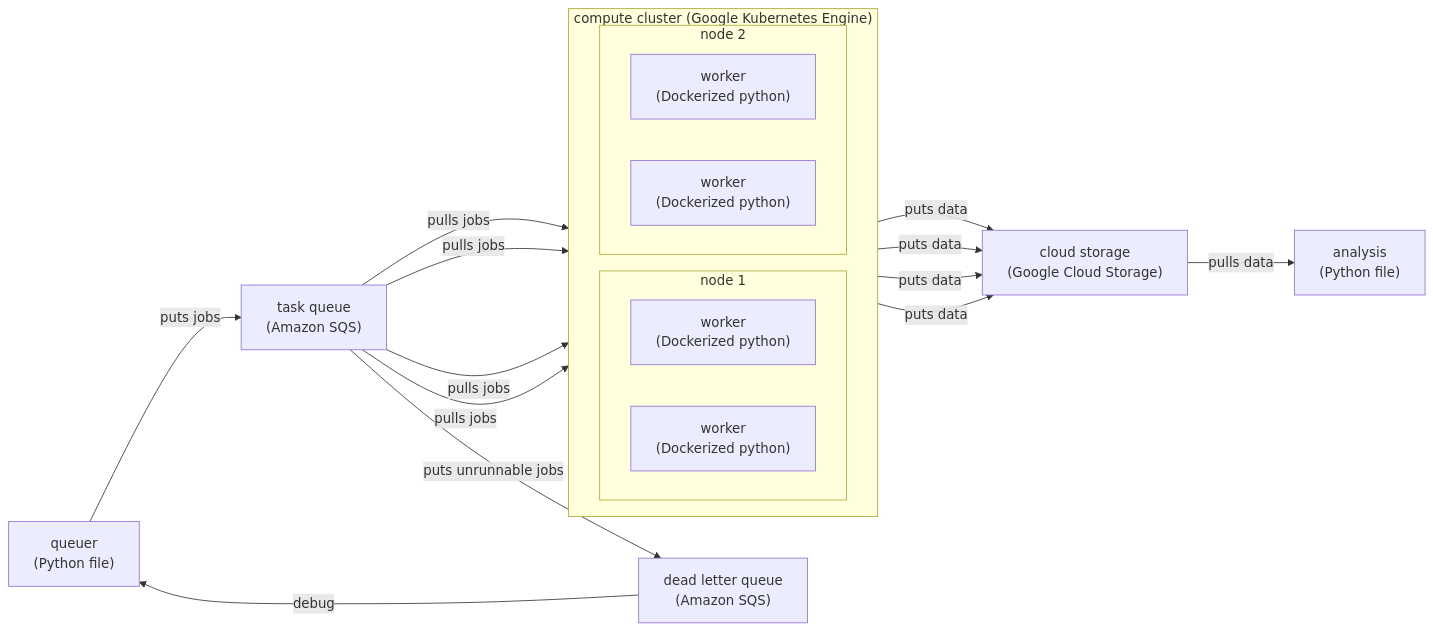
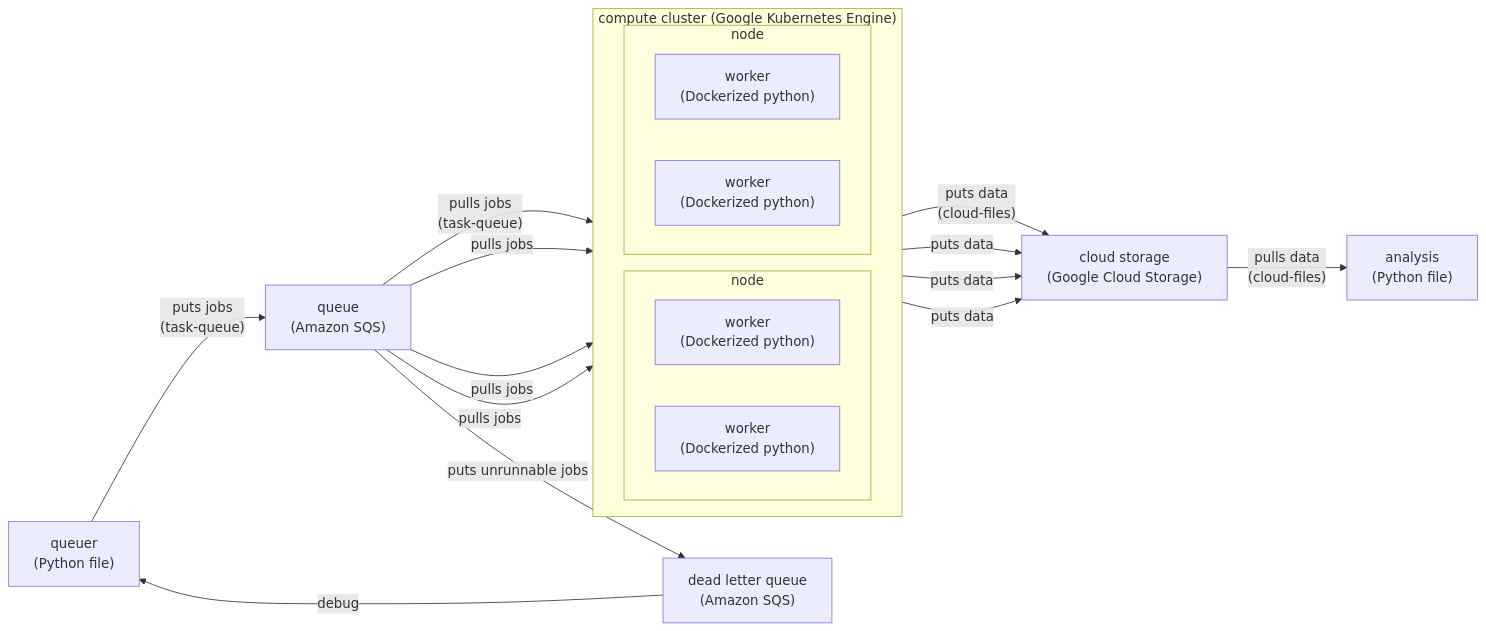
Before and after one commit to bdpedigo/cloud-workflow-docs: the diagram in README.md, drawn with Mermaid.

Commit message:
update diagram

````diff
--- a/README.md
+++ b/README.md
@@ -7,46 +7,45 @@
 ```mermaid
 flowchart LR
     queuer["queuer\n(Python file)"]
 
-    queue["task queue\n(Amazon SQS)"]
+    queue["queue\n(Amazon SQS)"]
     click queue "https://aws.amazon.com/sqs/" "Amazon SQS"
 
     deadletter["dead letter queue\n(Amazon SQS)"]
     click deadletter "https://en.wikipedia.org/wiki/Dead_letter_queue" "Dead letter queue"
 
     worker1["worker\n(Dockerized python)"]
     worker2["worker\n(Dockerized python)"]
     worker3["worker\n(Dockerized python)"]
     worker4["worker\n(Dockerized python)"]
 
     storage["cloud storage\n(Google Cloud Storage)"]
     click storage "https://cloud.google.com/storage" "Google Cloud Storage"
 
     analysis["analysis\n(Python file)"]
 
     subgraph compute ["compute cluster (Google Kubernetes Engine)"]
         direction LR
-        subgraph node1[node 1]
+        subgraph node1[node]
             worker1
             worker2
         end
-        subgraph node2[node 2]
+        subgraph node2[node]
             worker3
             worker4
         end
     end
 
-    queuer -- "puts jobs" --> queue
+    queuer -- "puts jobs\n(task-queue)" --> queue
     queue -- "puts unrunnable jobs" --> deadletter
     deadletter -- "debug" --> queuer
-    queue -- "pulls jobs" --> worker1
+    queue -- "pulls jobs\n(task-queue)" --> worker1
     queue -- "pulls jobs" --> worker2
     queue -- "pulls jobs" --> worker3
     queue -- "pulls jobs" --> worker4
-    worker1 -- "puts data" --> storage
+    worker1 -- "puts data\n(cloud-files)" --> storage
     worker2 -- "puts data" --> storage
     worker3 -- "puts data" --> storage
     worker4 -- "puts data" --> storage
-    storage -- "pulls data" --> analysis
-
+    storage -- "pulls data\n(cloud-files)" --> analysis
 ```
````
